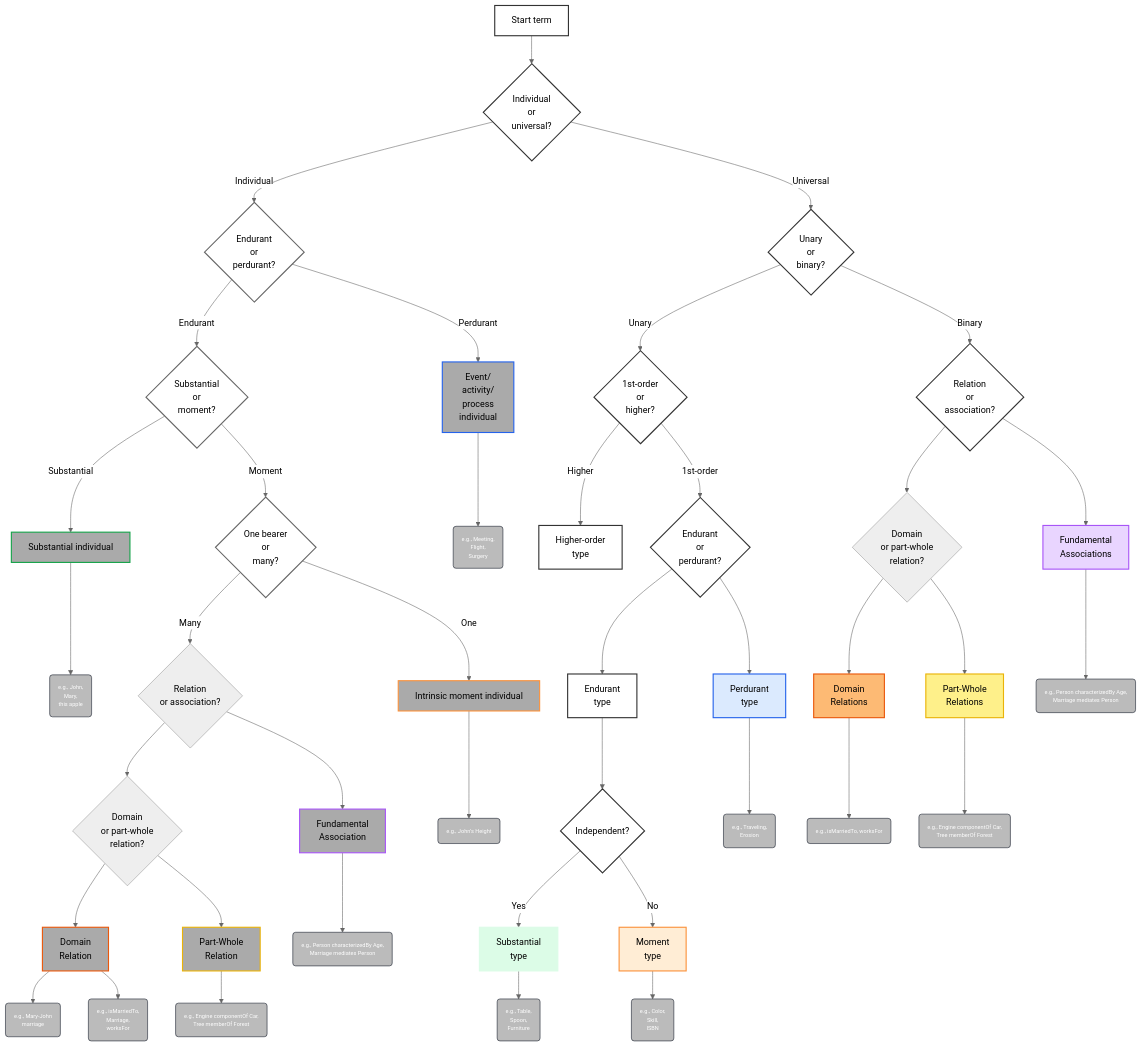
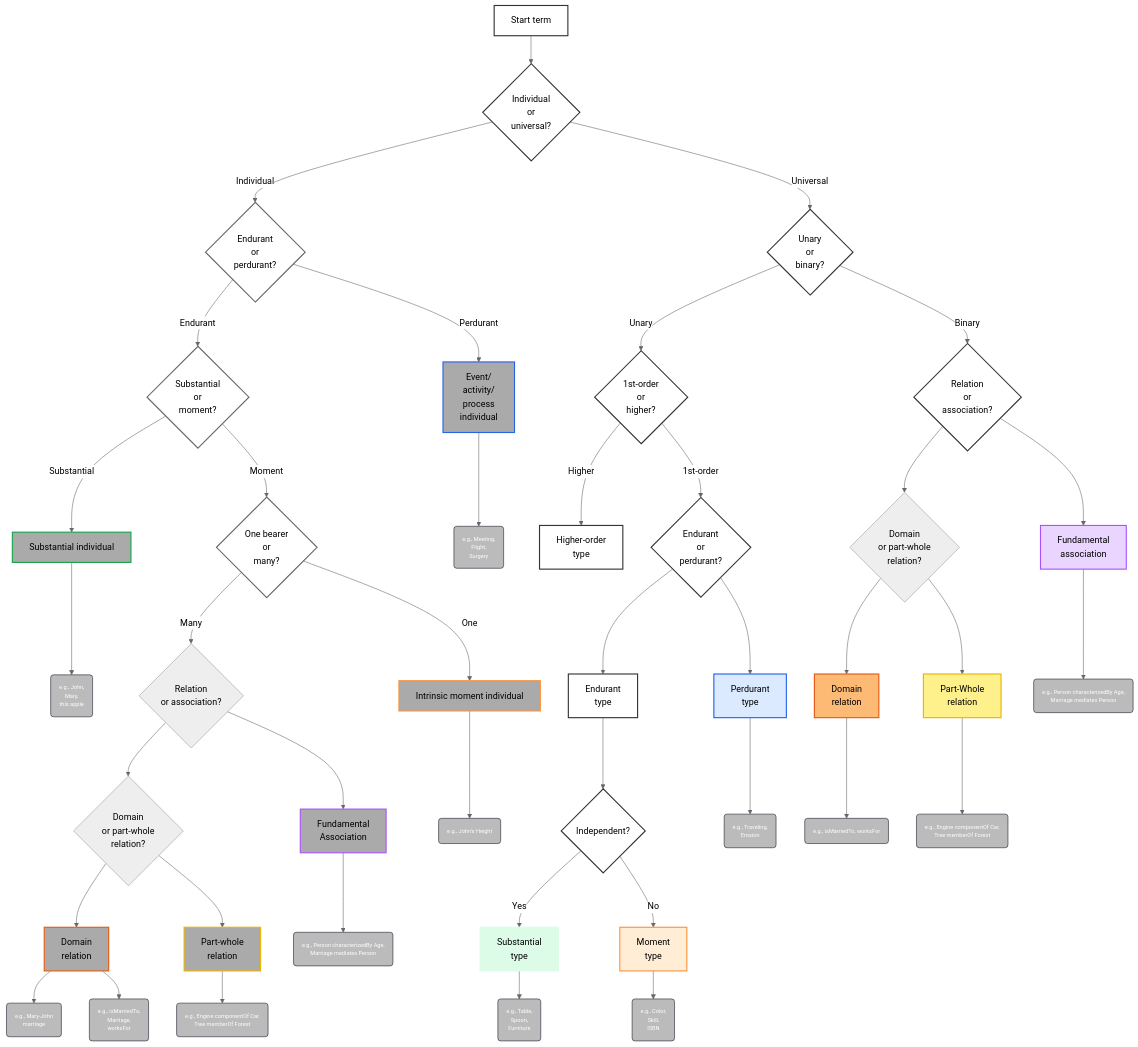
The diagram in 01-Start.mermaid (spdrnl/UFO-Modeling-Decision-Tree), drawn with Mermaid (neutral theme) before and after one commit. The commit also changed 5 other files, not shown here.

```diff
--- a/01-Start.mermaid
+++ b/01-Start.mermaid
@@ -1,114 +1,114 @@
 flowchart TD
     A[Start term] --> B{Individual \nor \nuniversal?}
 
     %% INDIVIDUALS
     B -->|Individual| I0{Endurant \nor \nperdurant?}
     B -->|Universal| T0{Unary \nor \nbinary?}
 
     I0 -->|Endurant| IE{Substantial \nor \nmoment?}
     I0 -->|Perdurant| IP[Event/\nactivity/\nprocess \nindividual]
 
     IE -->|Substantial| IES[Substantial individual]
     IE -->|Moment| IEM{One bearer \nor \nmany?}
 
     IEM -->|Many| ROA{"Relation \nor association?"}
     IEM -->|One| IIM[Intrinsic moment individual]
     ROA --> DOPR{"Domain \nor part-whole \nrelation?"}
     ROA --> FA["Fundamental \nAssociation"]
 
     %% MAIN CATEGORIES
-    DOPR --> DR[Domain \nRelation]
-    DOPR --> PW[Part-Whole \nRelation]
+    DOPR --> DR[Domain \nrelation]
+    DOPR --> PW[Part-whole \nrelation]
 
     %% TYPES – UNARY (CONCEPTS)
     T0 -->|Unary| U0{1st-order \nor \nhigher?}
     T0 -->|Binary| R0{"Relation\nor\nassociation?"}
 
     R0 --> TR1{"Domain \nor part-whole \nrelation?"}
-    TR1 --> TDR[Domain \nRelations]
-    TR1 --> TPW[Part-Whole \nRelations]
-    R0 --> TFA[Fundamental \nAssociations]
+    TR1 --> TDR[Domain \nrelation]
+    TR1 --> TPW[Part-Whole \nrelation]
+    R0 --> TFA[Fundamental \nassociation]
 
     TDR --> TDR_ex("e.g., isMarriedTo, worksFor"):::example
     TPW --> TPW_ex("e.g., Engine componentOf Car, \nTree memberOf Forest"):::example
     TFA --> TFA_ex("e.g., Person characterizedBy Age, \nMarriage mediates Person"):::example
 
     U0 -->|Higher| UH[Higher-order \ntype]
     U0 -->|1st-order| U1{Endurant \nor \nperdurant?}
 
     U1 --> E0[Endurant \ntype]
     U1 --> P0[Perdurant \ntype]
 
     E0 --> E1{Independent?}
     E1 -->|Yes| S0[Substantial \ntype]
     E1 -->|No| M0[Moment \ntype]
 
     %% EXAMPLE BOXES + LINKS
     IP_ex("e.g., Meeting,\nFlight,\nSurgery"):::example
     IP --> IP_ex
 
     IES_ex("e.g., John,\nMary,\nthis apple"):::example
     IES --> IES_ex
 
     IIM_ex("e.g., John’s Height"):::example
     IIM --> IIM_ex
 
     IRL_ex("e.g., Mary-John\nmarriage"):::example
     DR --> IRL_ex
 
     %% NEW EXAMPLES
     P0_ex("e.g., Traveling,\nErosion"):::example
     P0 --> P0_ex
 
     DR_ex("e.g., isMarriedTo,\nMarriage,\nworksFor"):::example
     DR --> DR_ex
 
     PW_ex("e.g., Engine componentOf Car, \nTree memberOf Forest"):::example
     PW --> PW_ex
 
     FA_ex("e.g., Person characterizedBy Age, \nMarriage mediates Person"):::example
     FA --> FA_ex
 
     S0_ex("e.g., Table,\nSpoon,\nFurniture"):::example
     S0 --> S0_ex
 
     M0_ex("e.g., Color,\nSkill,\nISBN"):::example
     M0 --> M0_ex
 
     %% CLASSES
     classDef example fill:#BBBBBB,stroke:#111827,stroke-width:1px,color:#fff,font-size:10px;
     classDef generic fill:#ffffff,stroke:#333,stroke-width:2px,color:#000;
     classDef perdurant fill:#dbeafe,stroke:#2563eb,stroke-width:2px,color:#000;
     classDef substantial fill:#dcfce7,stroke:#dcfce7,stroke-width:2px,color:#000;
     classDef intrinsic fill:#ffedd5,stroke:#fb923c,stroke-width:2px,color:#000;
     classDef relator fill:#fdba74,stroke:#ea580c,stroke-width:2px,color:#000;
     classDef meronymic fill:#fef08a,stroke:#eab308,stroke-width:2px,color:#000;
     classDef fundamental fill:#e9d5ff,stroke:#a855f7,stroke-width:2px,color:#000;
 
     classDef indivGeneric fill:#ffffff,stroke:#666,stroke-width:2px,color:#000;
     classDef indivPerdurant fill:#aaaaaa,stroke:#2563eb,stroke-width:2px,color:#000;
     classDef indivSubstantial fill:#aaaaaa,stroke:#16a34a,stroke-width:2px,color:#000;
     classDef indivIntrinsic fill:#aaaaaa,stroke:#fb923c,stroke-width:2px,color:#000;
     classDef indivRelator fill:#aaaaaa,stroke:#ea580c,stroke-width:2px,color:#000;
     classDef indivMeronymic fill:#aaaaaa,stroke:#eab308,stroke-width:2px,color:#000;
     classDef indivFundamental fill:#aaaaaa,stroke:#a855f7,stroke-width:2px,color:#000;
 
     %% individual branch
     class I0,IE,IEM indivGeneric;
     class IP indivPerdurant;
     class IES indivSubstantial;
     class IIM indivIntrinsic;
     class DR indivRelator;
     class PW indivMeronymic;
     class FA indivFundamental;
     class TFA fundamental;
     class TPW meronymic;
     class TDR relator;
 
     %% generic / neutral nodes
     class A,B,T0,U0,U1,UH,E0,E1,R0 generic;
 
     %% leaf colors
     class P0 perdurant;
     class S0 substantial;
     class M0 intrinsic;
```
